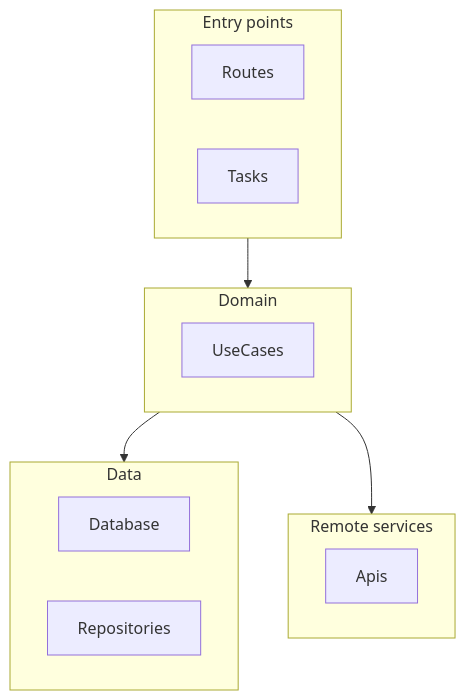
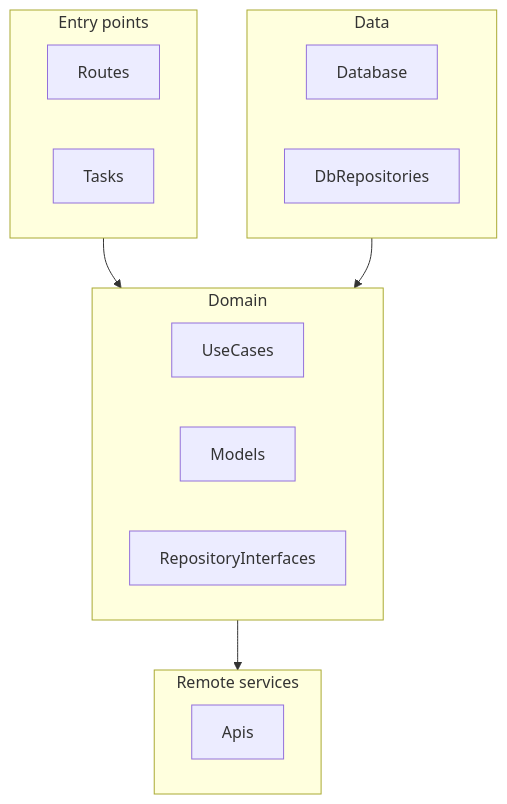
The first of 2 diagrams in docs/architecture.md (caarmen/withings-slack), drawn with Mermaid before and after one commit. The commit also changed other lines of this file, not shown here.

Commit message:
Update architecture diagram.

````diff
--- a/docs/architecture.md
+++ b/docs/architecture.md
@@ -6,22 +6,24 @@
 ```mermaid
 graph TD
 
     subgraph EntryPoints[Entry points]
         Routes
         Tasks
     end
     subgraph Domain
         UseCases
+        Models
+        RepositoryInterfaces
     end
     subgraph Data
         Database
-        Repositories
+        DbRepositories
     end
     subgraph RemoteServices[Remote services]
         Apis
     end
 
     EntryPoints-->Domain
-    Domain-->Data
+    Data-->Domain
     Domain-->RemoteServices
 ```
````
